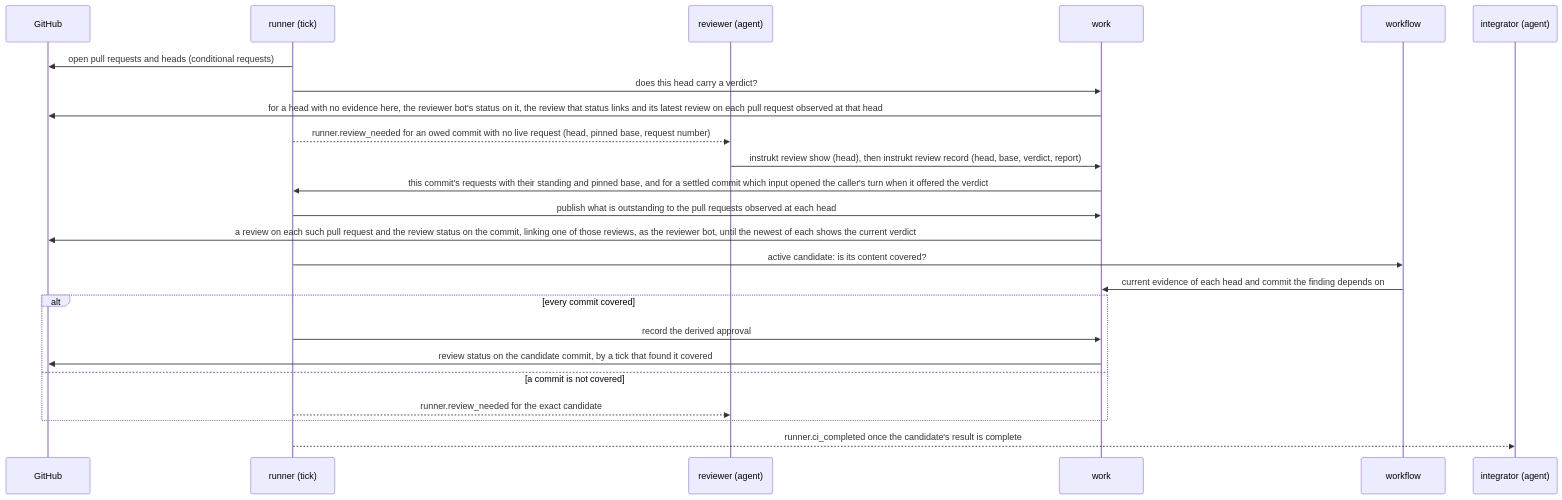
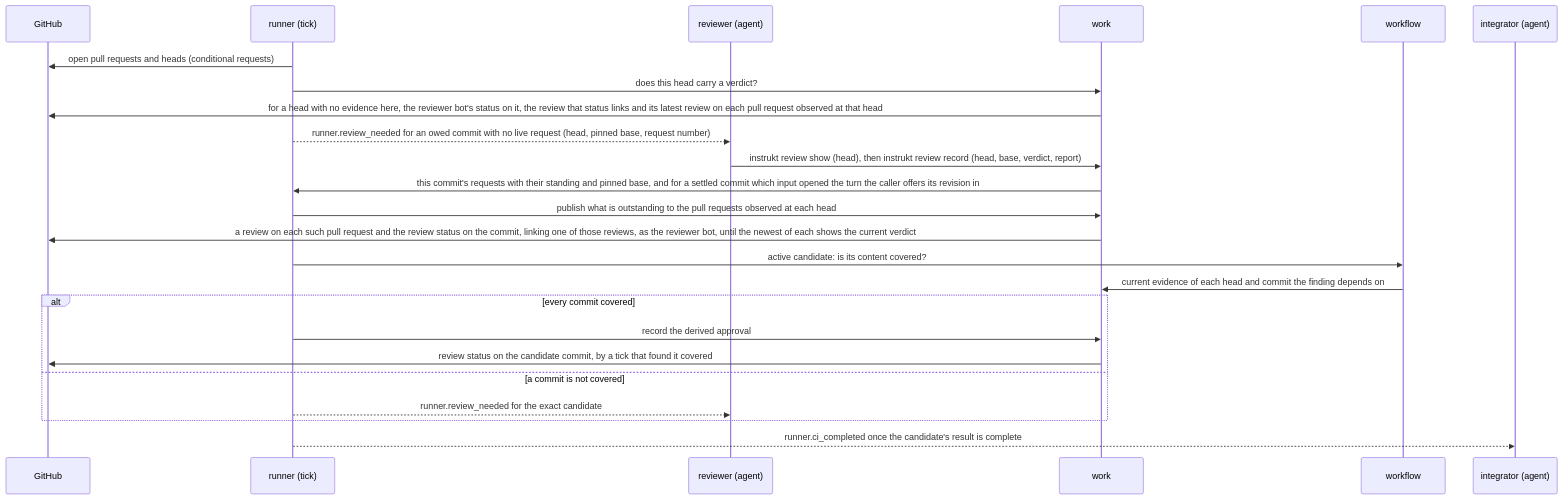
One commit to InstruktAI/instrukt changed the fifth of 5 diagrams in docs/project/design/architecture/overview.md. Above: the diagram before and after it, drawn with Mermaid. The commit also changed other lines of this file and 7 other files, not shown here.

````diff
--- a/docs/project/design/architecture/overview.md
+++ b/docs/project/design/architecture/overview.md
@@ -461,26 +461,26 @@
 ```mermaid
 sequenceDiagram
   participant G as GitHub
   participant R as runner (tick)
   participant V as reviewer (agent)
   participant W as work
   participant F as workflow
   participant I as integrator (agent)
   R->>G: open pull requests and heads (conditional requests)
   R->>W: does this head carry a verdict?
   W->>G: for a head with no evidence here, the reviewer bot's status on it, the review that status links and its latest review on each pull request observed at that head
   R-->>V: runner.review_needed for an owed commit with no live request (head, pinned base, request number)
   V->>W: instrukt review show (head), then instrukt review record (head, base, verdict, report)
-  W->>R: this commit's requests with their standing and pinned base, and for a settled commit which input opened the caller's turn when it offered the verdict
+  W->>R: this commit's requests with their standing and pinned base, and for a settled commit which input opened the turn the caller offers its revision in
   R->>W: publish what is outstanding to the pull requests observed at each head
   W->>G: a review on each such pull request and the review status on the commit, linking one of those reviews, as the reviewer bot, until the newest of each shows the current verdict
   R->>F: active candidate: is its content covered?
   F->>W: current evidence of each head and commit the finding depends on
   alt every commit covered
     R->>W: record the derived approval
     W->>G: review status on the candidate commit, by a tick that found it covered
   else a commit is not covered
     R-->>V: runner.review_needed for the exact candidate
   end
   R-->>I: runner.ci_completed once the candidate's result is complete
 ```
````
